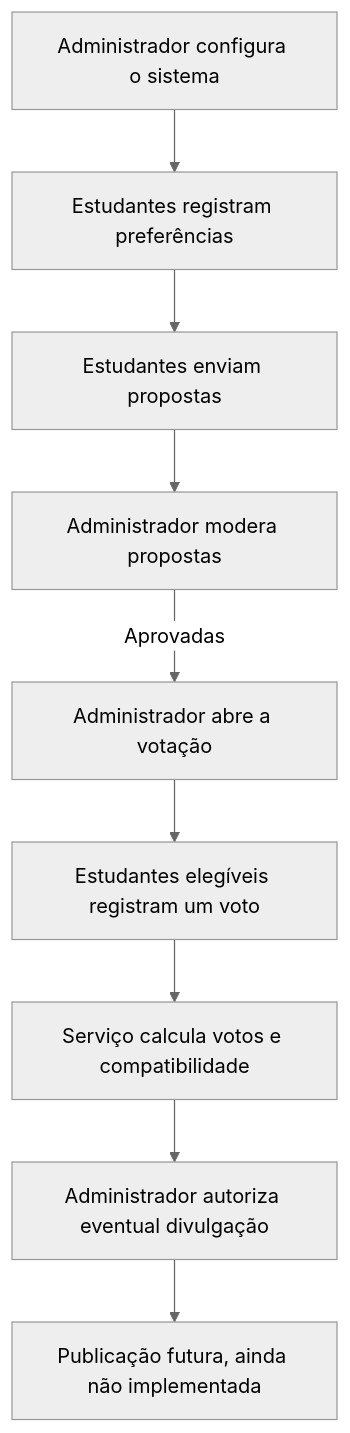
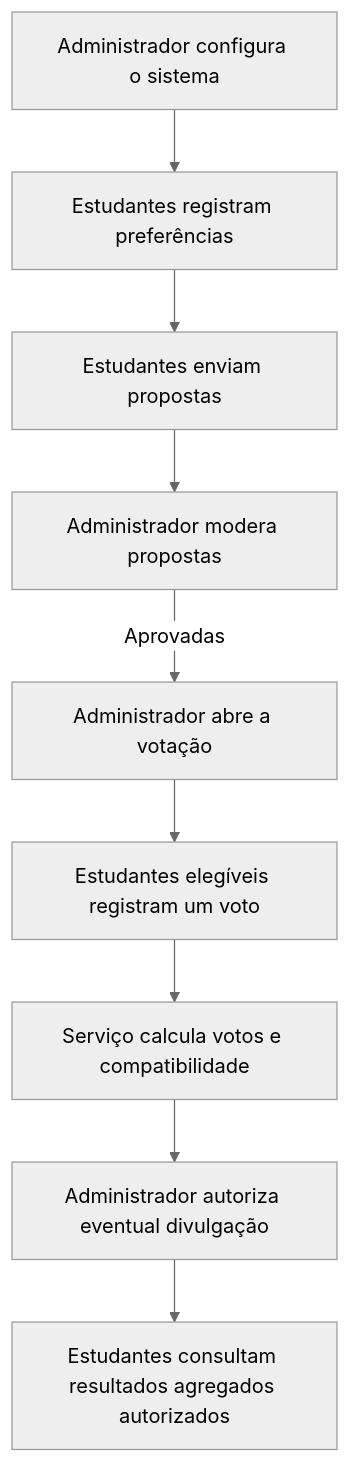
One commit to Kevelincristine/ThreeShirt changed the diagram in README.md. Above: the diagram before and after it, drawn with Mermaid (neutral theme). The commit also changed other lines of this file and 20 other files, not shown here.

````diff
--- a/README.md
+++ b/README.md
@@ -58,11 +55,11 @@
 ```mermaid
 flowchart TD
     A[Administrador configura o sistema] --> B[Estudantes registram preferências]
     B --> C[Estudantes enviam propostas]
     C --> D[Administrador modera propostas]
     D -->|Aprovadas| E[Administrador abre a votação]
     E --> F[Estudantes elegíveis registram um voto]
     F --> G[Serviço calcula votos e compatibilidade]
     G --> H[Administrador autoriza eventual divulgação]
-    H --> I[Publicação futura, ainda não implementada]
+    H --> I[Estudantes consultam resultados agregados autorizados]
 ```
````
